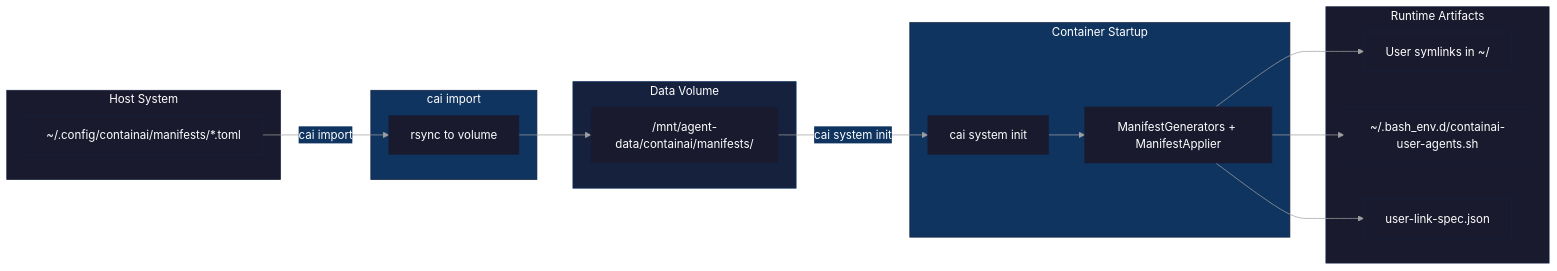
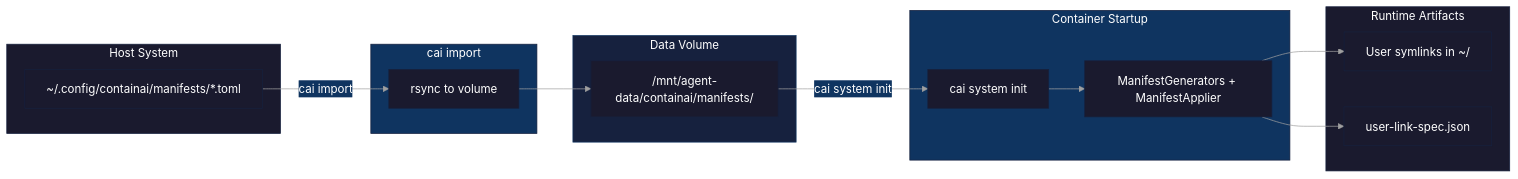
Before and after one commit to novotnyllc/ContainAI: the third of 3 diagrams in docs/sync-architecture.md, drawn with Mermaid. The commit also changed other lines of this file and 47 other files, not shown here.

````diff
--- a/docs/sync-architecture.md
+++ b/docs/sync-architecture.md
@@ -375,49 +363,47 @@
 ```mermaid
 %%{init: {'theme': 'base', 'themeVariables': {
   'primaryColor': '#1a1a2e',
   'primaryTextColor': '#ffffff',
   'primaryBorderColor': '#16213e',
   'secondaryColor': '#0f3460',
   'tertiaryColor': '#1a1a2e',
   'lineColor': '#a0a0a0',
   'textColor': '#ffffff',
   'background': '#0d1117'
 }}}%%
 flowchart LR
     subgraph Host["Host System"]
         UserManifests["~/.config/containai/manifests/*.toml"]
     end
 
     subgraph Import["cai import"]
         SyncOp["rsync to volume"]
     end
 
     subgraph Volume["Data Volume"]
         VolManifests["/mnt/agent-data/containai/manifests/"]
     end
 
     subgraph Container["Container Startup"]
         InitRuntime["cai system init"]
         ManifestRuntime["ManifestGenerators + ManifestApplier"]
     end
 
     subgraph Runtime["Runtime Artifacts"]
         Symlinks["User symlinks in ~/"]
-        WrapperFuncs["~/.bash_env.d/containai-user-agents.sh"]
         LinkSpec["user-link-spec.json"]
     end
 
     UserManifests -->|"cai import"| SyncOp
     SyncOp --> VolManifests
     VolManifests -->|"cai system init"| InitRuntime
     InitRuntime --> ManifestRuntime
     ManifestRuntime --> Symlinks
     ManifestRuntime --> LinkSpec
-    ManifestRuntime --> WrapperFuncs
 
     style Host fill:#1a1a2e,stroke:#16213e,color:#fff
     style Import fill:#0f3460,stroke:#16213e,color:#fff
     style Volume fill:#16213e,stroke:#0f3460,color:#fff
     style Container fill:#0f3460,stroke:#16213e,color:#fff
     style Runtime fill:#1a1a2e,stroke:#16213e,color:#fff
 ```
````
